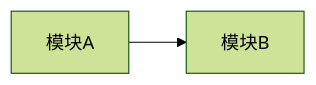
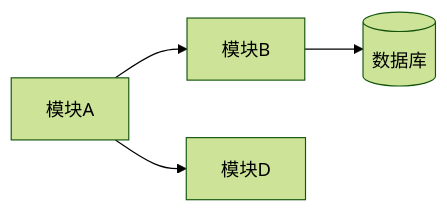
One commit to quanyu-ai/skills-repos changed the second of 2 diagrams in solution-design/templates/solution-structure/architecture/overview.md. Above: the diagram before and after it, drawn with Mermaid (forest theme). The commit also changed other lines of this file and 17 other files, not shown here.

````diff
--- a/solution-design/templates/solution-structure/architecture/overview.md
+++ b/solution-design/templates/solution-structure/architecture/overview.md
@@ -39,4 +49,6 @@
 ```mermaid
 graph LR
     A[模块A] --> B[模块B]
+    B --> C[(数据库)]
+    A --> D[模块D]
 ```
````
